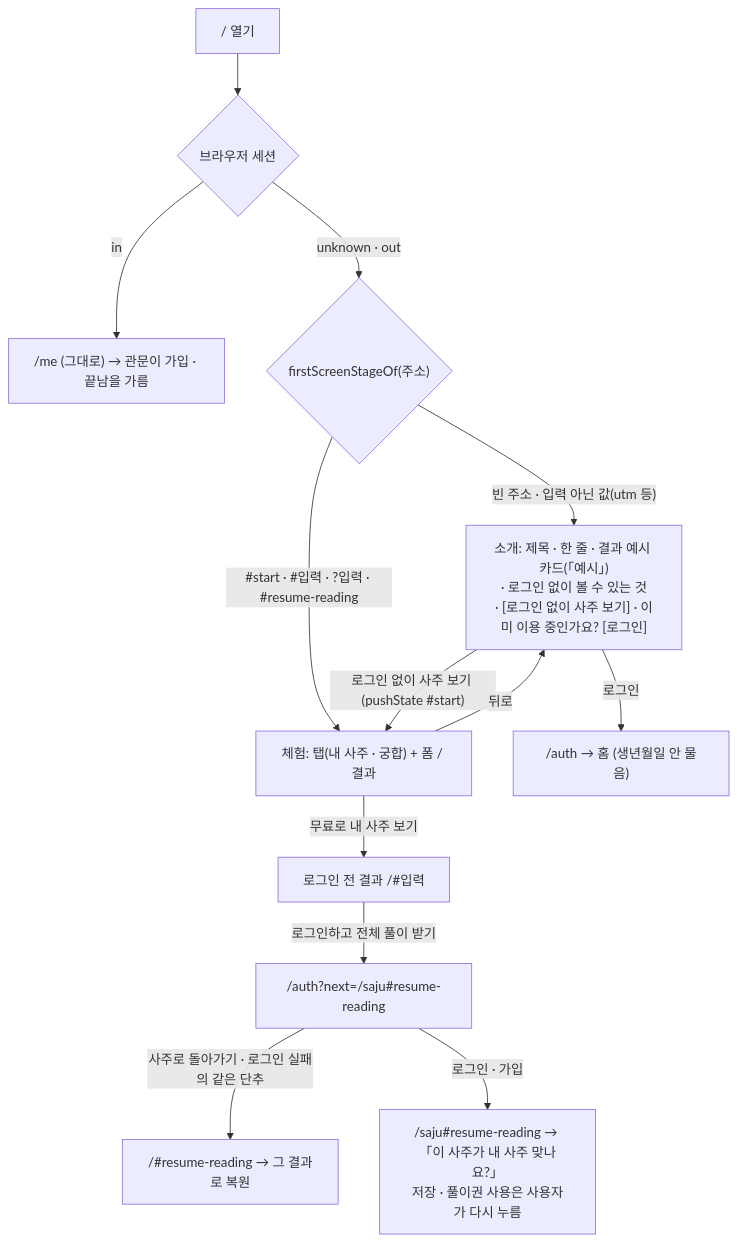
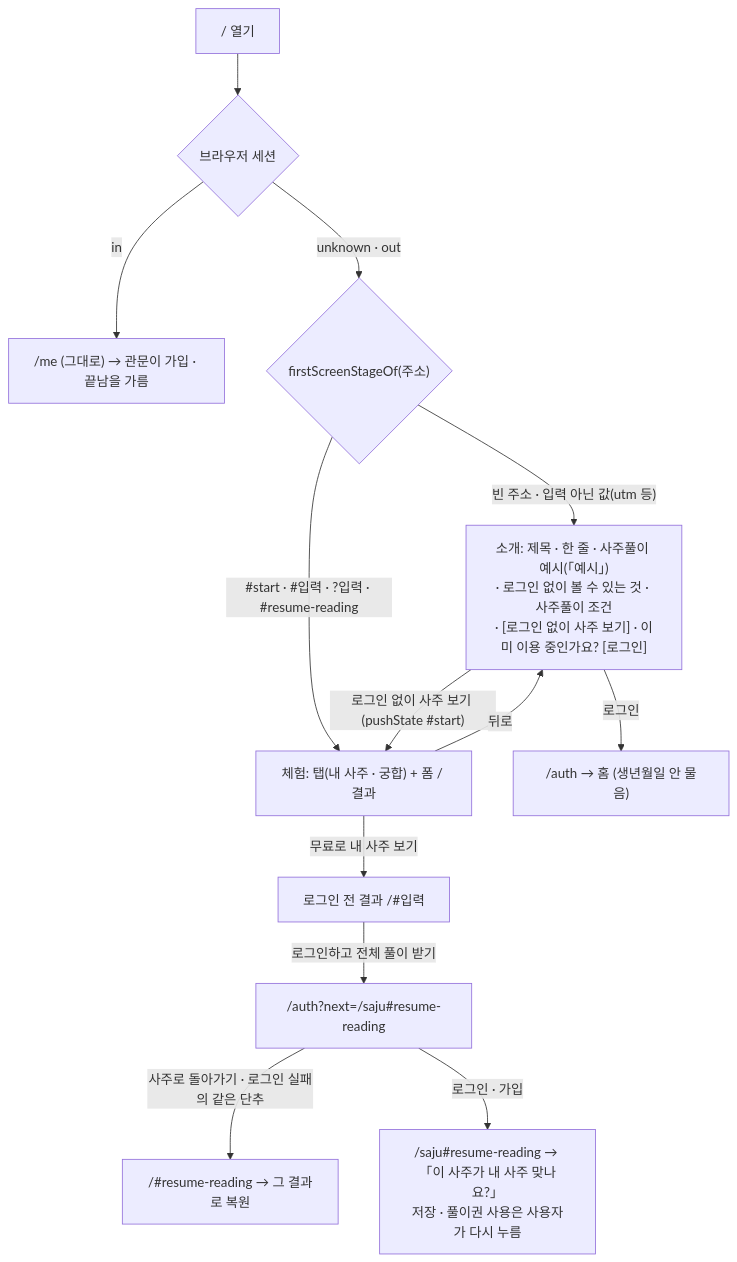
Before and after one commit to sungheeyoon/mannalmap: the third of 4 diagrams in docs/adr/0226-the-first-screen-says-what-it-is-then-offers-a-trial-and-a-member-door.md, drawn with Mermaid. The commit also changed other lines of this file and 11 other files, not shown here.

````diff
--- a/docs/adr/0226-the-first-screen-says-what-it-is-then-offers-a-trial-and-a-member-door.md
+++ b/docs/adr/0226-the-first-screen-says-what-it-is-then-offers-a-trial-and-a-member-door.md
@@ -55,15 +55,15 @@
 ```mermaid
 flowchart TD
   N0["/ 열기"] --> N1{"브라우저 세션"}
   N1 -- "in" --> N2["/me (그대로) → 관문이 가입 · 끝남을 가름"]
   N1 -- "unknown · out" --> N3{"firstScreenStageOf(주소)"}
-  N3 -- "빈 주소 · 입력 아닌 값(utm 등)" --> N4["소개: 제목 · 한 줄 · 결과 예시 카드(「예시」)<br/>· 로그인 없이 볼 수 있는 것<br/>· [로그인 없이 사주 보기] · 이미 이용 중인가요? [로그인]"]
+  N3 -- "빈 주소 · 입력 아닌 값(utm 등)" --> N4["소개: 제목 · 한 줄 · 사주풀이 예시(「예시」)<br/>· 로그인 없이 볼 수 있는 것 · 사주풀이 조건<br/>· [로그인 없이 사주 보기] · 이미 이용 중인가요? [로그인]"]
   N3 -- "#start · #입력 · ?입력 · #resume-reading" --> N5["체험: 탭(내 사주 · 궁합) + 폼 / 결과"]
   N4 -- "로그인 없이 사주 보기 (pushState #start)" --> N5
   N5 -- "뒤로" --> N4
   N4 -- "로그인" --> N6["/auth → 홈 (생년월일 안 물음)"]
   N5 -- "무료로 내 사주 보기" --> N7["로그인 전 결과 /#입력"]
   N7 -- "로그인하고 전체 풀이 받기" --> N8["/auth?next=/saju#resume-reading"]
   N8 -- "사주로 돌아가기 · 로그인 실패의 같은 단추" --> N9["/#resume-reading → 그 결과로 복원"]
   N8 -- "로그인 · 가입" --> N10["/saju#resume-reading → 「이 사주가 내 사주 맞나요?」<br/>저장 · 풀이권 사용은 사용자가 다시 누름"]
 ```
````
